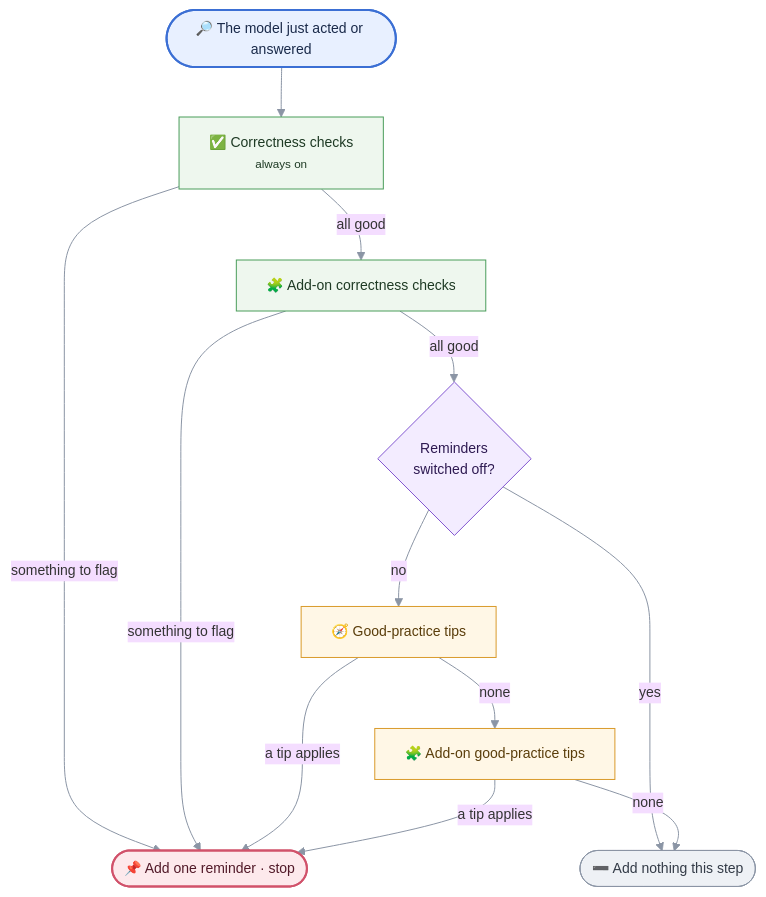
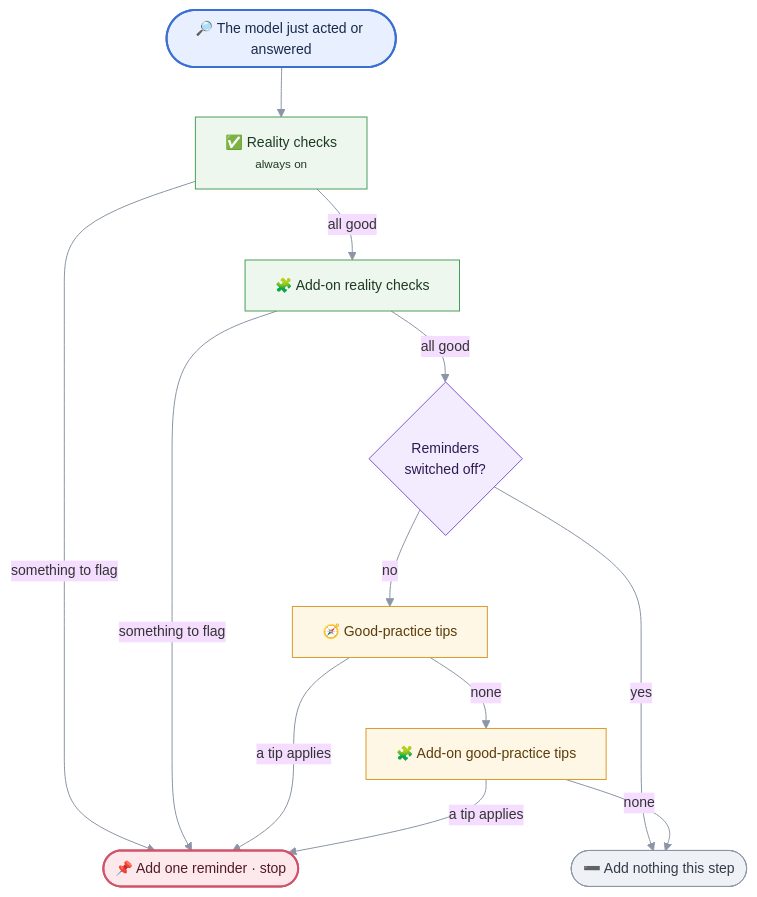
The second of 2 diagrams in POLICY.md (MIMIR-LLM4CSE/MIMIR), drawn with Mermaid before and after one commit. The commit also changed other lines of this file and 2 other files, not shown here.

````diff
--- a/POLICY.md
+++ b/POLICY.md
@@ -112,29 +210,29 @@
 ```mermaid
 %%{init: {'theme':'base','themeVariables':{'fontSize':'14px','lineColor':'#8b95a5','primaryBorderColor':'#5b6270'}}}%%
 flowchart TD
-    S(["🔎 The model just acted or answered"]) --> V1["✅ Correctness checks<br/><small>always on</small>"]
+    S(["🔎 The model just acted or answered"]) --> V1["✅ Reality checks<br/><small>always on</small>"]
     V1 -- something to flag --> Z(["📌 Add one reminder · stop"])
-    V1 -- all good --> V2["🧩 Add-on correctness checks"]
+    V1 -- all good --> V2["🧩 Add-on reality checks"]
     V2 -- something to flag --> Z
     V2 -- all good --> O{"Reminders<br/>switched off?"}
     O -- yes --> N(["➖ Add nothing this step"])
     O -- no --> G1["🧭 Good-practice tips"]
     G1 -- a tip applies --> Z
     G1 -- none --> G2["🧩 Add-on good-practice tips"]
     G2 -- a tip applies --> Z
     G2 -- none --> N
 
     classDef entry fill:#e8f0ff,stroke:#3b6fd4,stroke-width:2px,color:#1a2a4a;
     classDef verify fill:#eef7ee,stroke:#4a9d5b,color:#1e3a24;
     classDef guide fill:#fff7e6,stroke:#d99a2b,color:#5a3d0a;
     classDef decision fill:#f3ecff,stroke:#8257d1,color:#2e1a52;
     classDef fire fill:#fde9ec,stroke:#d1526b,stroke-width:2px,color:#521a29;
     classDef none fill:#eef1f5,stroke:#8b95a5,color:#333b47;
 
     class S entry;
     class V1,V2 verify;
     class G1,G2 guide;
     class O decision;
     class Z fire;
     class N none;
 ```
````
